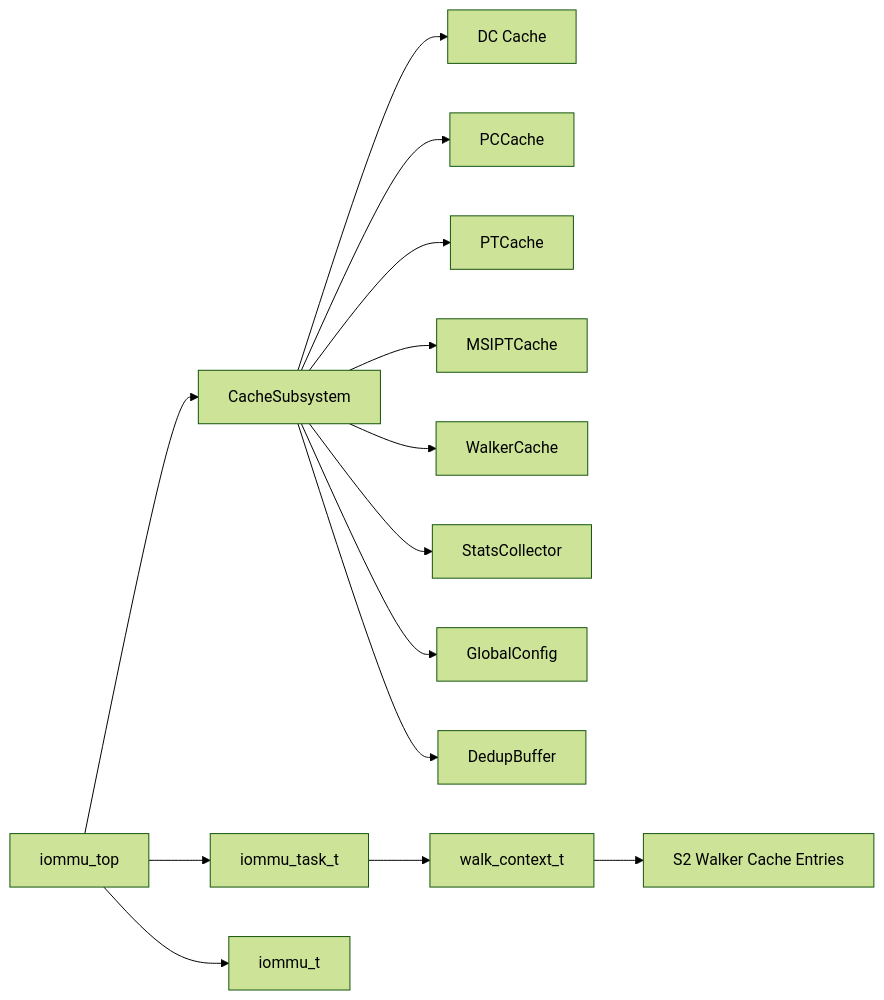
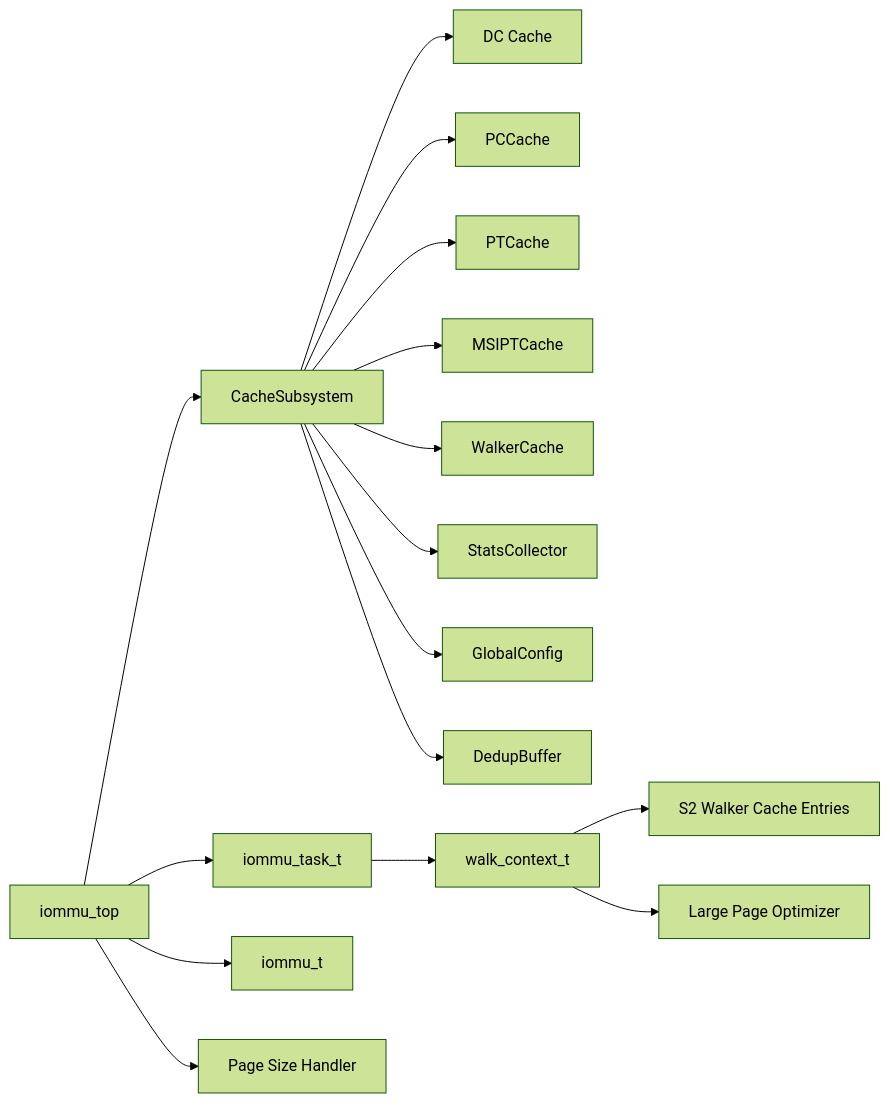
The seventh of 7 diagrams in .qoder/repowiki/zh/content/核心架构/顶层模块设计.md (jiangjiang1122/iommu_model_20260401_v1), drawn with Mermaid (forest theme) before and after one commit. The commit also changed other lines of this file and 186 other files, not shown here.

````diff
--- a/.qoder/repowiki/zh/content/核心架构/顶层模块设计.md
+++ b/.qoder/repowiki/zh/content/核心架构/顶层模块设计.md
@@ -400,16 +478,18 @@
 ```mermaid
 graph LR
 TOP[iommu_top] --> CS[CacheSubsystem]
 TOP --> TASK[iommu_task_t]
 TOP --> IOMMU[iommu_t]
+TOP --> PAGE[Page Size Handler]
 CS --> DC[DC Cache]
 CS --> PC[PCCache]
 CS --> PT[PTCache]
 CS --> MSIPT[MSIPTCache]
 CS --> WK[WalkerCache]
 CS --> STATS[StatsCollector]
 CS --> CFG[GlobalConfig]
 CS --> DEDUP[DedupBuffer]
 TASK --> WALKCTX[walk_context_t]
 WALKCTX --> S2CACHE[S2 Walker Cache Entries]
+WALKCTX --> LARGE_PAGE[Large Page Optimizer]
 ```
````
